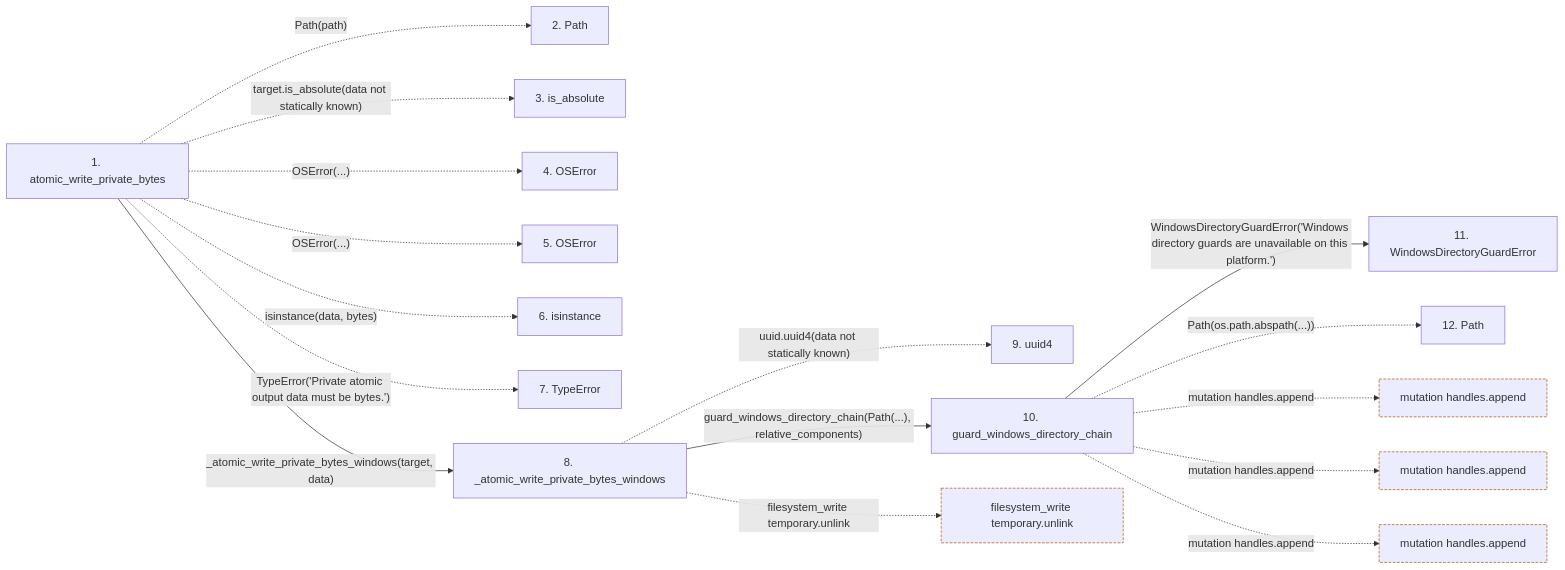
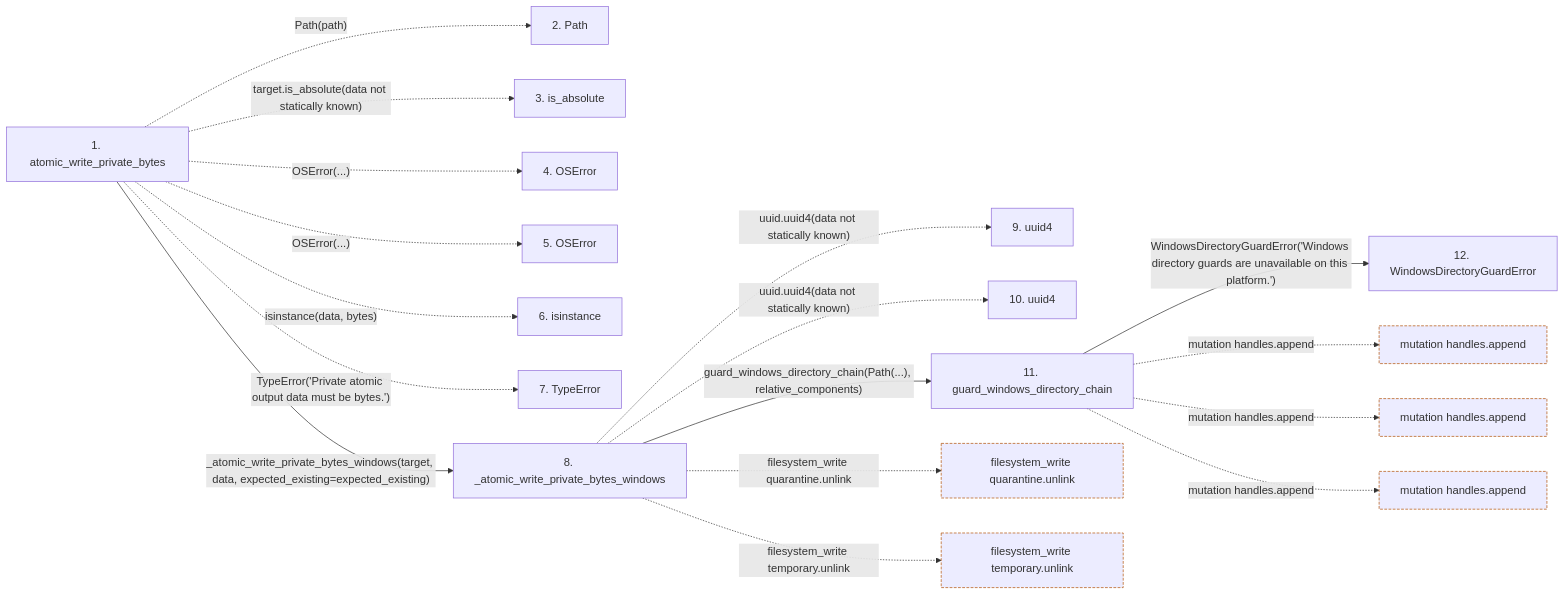
One commit to Denissvgn/python-wiki-llm changed the second of 2 diagrams in docs/llm_wiki/flows/api-atomic_write_private_bytes.md. Above: the diagram before and after it, drawn with Mermaid. The commit also changed other lines of this file and 364 other files, not shown here.

````diff
--- a/docs/llm_wiki/flows/api-atomic_write_private_bytes.md
+++ b/docs/llm_wiki/flows/api-atomic_write_private_bytes.md
@@ -74,43 +73,46 @@
 ```mermaid
 flowchart LR
     s1["1. atomic_write_private_bytes"]
     s2["2. Path"]
     s3["3. is_absolute"]
     s4["4. OSError"]
     s5["5. OSError"]
     s6["6. isinstance"]
     s7["7. TypeError"]
     s8["8. _atomic_write_private_bytes_windows"]
     s9["9. uuid4"]
-    s10["10. guard_windows_directory_chain"]
-    s11["11. WindowsDirectoryGuardError"]
-    s12["12. Path"]
+    s10["10. uuid4"]
+    s11["11. guard_windows_directory_chain"]
+    s12["12. WindowsDirectoryGuardError"]
     s1 -. "Path(path)" .-> s2
     s1 -. "target.is_absolute(data not statically known)" .-> s3
     s1 -. "OSError(...)" .-> s4
     s1 -. "OSError(...)" .-> s5
     s1 -. "isinstance(data, bytes)" .-> s6
     s1 -. "TypeError('Private atomic output data must be bytes.')" .-> s7
-    s1 -->|"_atomic_write_private_bytes_windows(target, data)"| s8
+    s1 -->|"_atomic_write_private_bytes_windows(target, data, expected_existing=expected_existing)"| s8
     s8 -. "uuid.uuid4(data not statically known)" .-> s9
-    s8 -->|"guard_windows_directory_chain(Path(...), relative_components)"| s10
-    s10 -->|"WindowsDirectoryGuardError('Windows directory guards are unavailable on this platform.')"| s11
-    s10 -. "Path(os.path.abspath(...))" .-> s12
-    b0["filesystem_write temporary.unlink"]
-    s8 -. "filesystem_write temporary.unlink" .-> b0
-    b1["mutation handles.append"]
-    s10 -. "mutation handles.append" .-> b1
+    s8 -. "uuid.uuid4(data not statically known)" .-> s10
+    s8 -->|"guard_windows_directory_chain(Path(...), relative_components)"| s11
+    s11 -->|"WindowsDirectoryGuardError('Windows directory guards are unavailable on this platform.')"| s12
+    b0["filesystem_write quarantine.unlink"]
+    s8 -. "filesystem_write quarantine.unlink" .-> b0
+    b1["filesystem_write temporary.unlink"]
+    s8 -. "filesystem_write temporary.unlink" .-> b1
     b2["mutation handles.append"]
-    s10 -. "mutation handles.append" .-> b2
+    s11 -. "mutation handles.append" .-> b2
     b3["mutation handles.append"]
-    s10 -. "mutation handles.append" .-> b3
+    s11 -. "mutation handles.append" .-> b3
+    b4["mutation handles.append"]
+    s11 -. "mutation handles.append" .-> b4
     click s1 "../modules/filesystem_guard.md"
     click s8 "../modules/filesystem_guard.md"
-    click s10 "../modules/filesystem_guard.md"
     click s11 "../modules/filesystem_guard.md"
+    click s12 "../modules/filesystem_guard.md"
     classDef boundary stroke:#b45309,stroke-dasharray: 4 2
     class b0 boundary
     class b1 boundary
     class b2 boundary
     class b3 boundary
+    class b4 boundary
 ```
````
